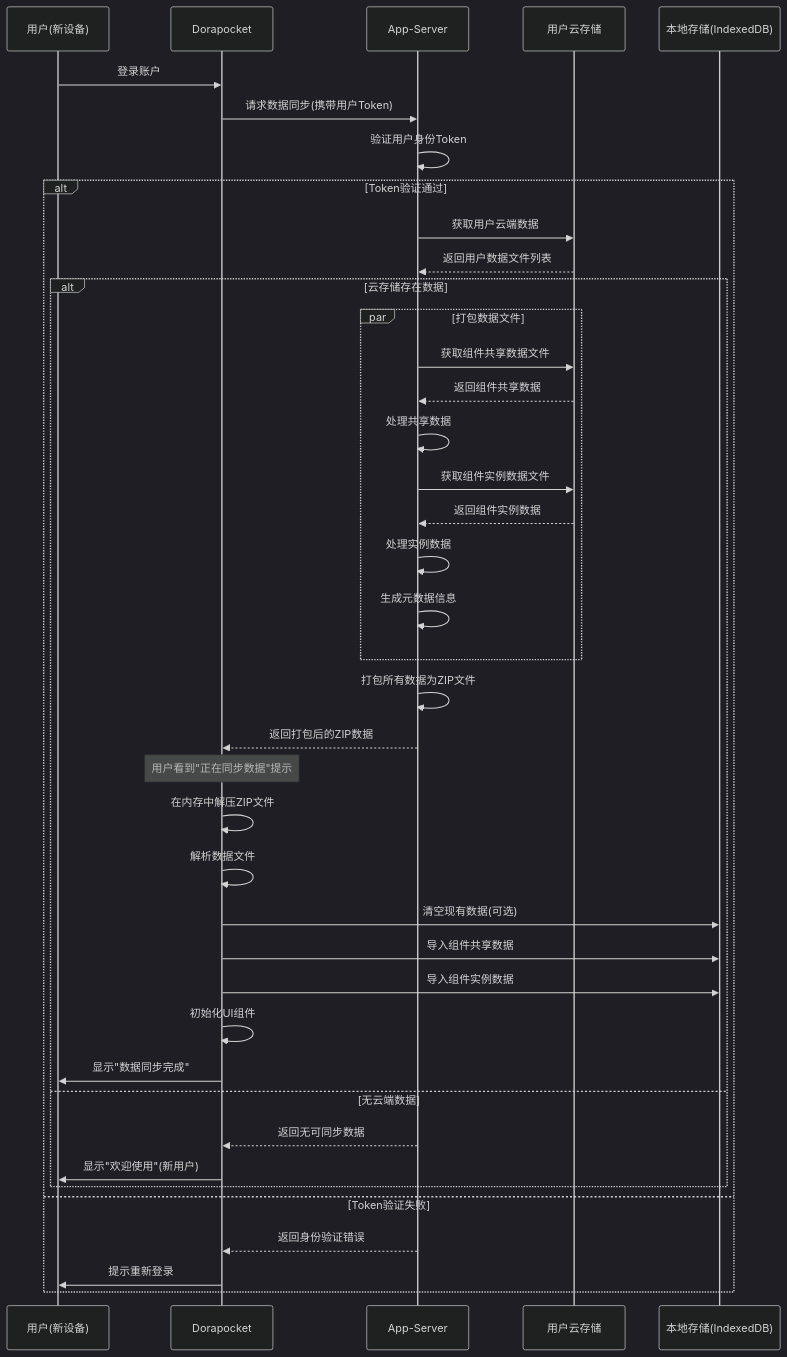
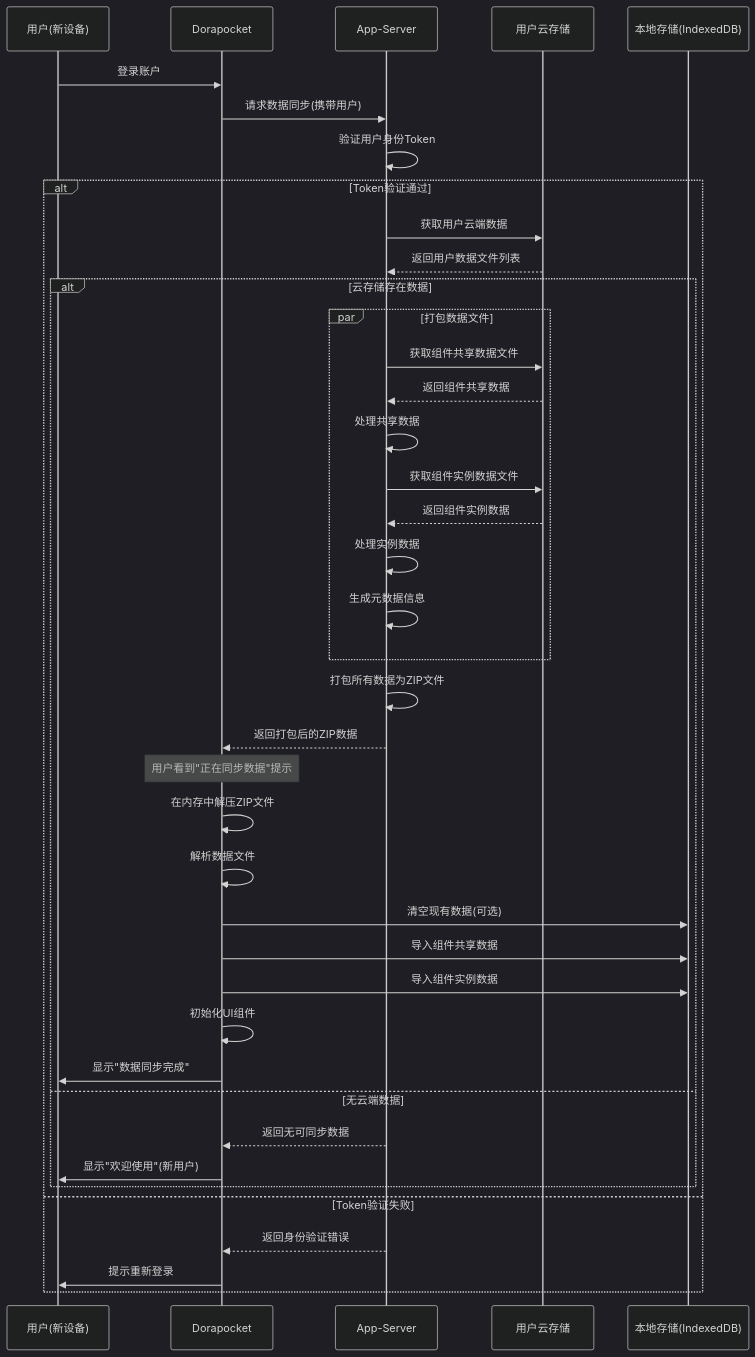
Before and after one commit to yingjianzh/iodraw-files: the diagram in all/未命名-38.md, drawn with Mermaid (dark theme).

Commit message:
2025-04-21 13:53:45 update

````diff
--- a/all/未命名-38.md
+++ b/all/未命名-38.md
@@ -1,53 +1,53 @@
 ```mermaid
 sequenceDiagram
     participant User as 用户(新设备)
     participant App as Dorapocket
     participant AppServer as App-Server
     participant UserCloud as 用户云存储
     participant LocalDB as 本地存储(IndexedDB)
     
     User->>App: 登录账户
     
-    App->>AppServer: 请求数据同步(携带用户Token)
+    App->>AppServer: 请求数据同步(携带用户)
     AppServer->>AppServer: 验证用户身份Token
     
     alt Token验证通过
         AppServer->>UserCloud: 获取用户云端数据
         UserCloud-->>AppServer: 返回用户数据文件列表
         
         alt 云存储存在数据
             par 打包数据文件
                 AppServer->>UserCloud: 获取组件共享数据文件
                 UserCloud-->>AppServer: 返回组件共享数据
                 AppServer->>AppServer: 处理共享数据
                 
                 AppServer->>UserCloud: 获取组件实例数据文件
                 UserCloud-->>AppServer: 返回组件实例数据
                 AppServer->>AppServer: 处理实例数据
                 
                 AppServer->>AppServer: 生成元数据信息
             end
             
             AppServer->>AppServer: 打包所有数据为ZIP文件
             AppServer-->>App: 返回打包后的ZIP数据
             
             Note over App: 用户看到"正在同步数据"提示
             
             App->>App: 在内存中解压ZIP文件
             App->>App: 解析数据文件
             
             App->>LocalDB: 清空现有数据(可选)
             App->>LocalDB: 导入组件共享数据
             App->>LocalDB: 导入组件实例数据
             
             App->>App: 初始化UI组件
             App->>User: 显示"数据同步完成"
         else 无云端数据
             AppServer-->>App: 返回无可同步数据
             App->>User: 显示"欢迎使用"(新用户)
         end
     else Token验证失败
         AppServer-->>App: 返回身份验证错误
         App->>User: 提示重新登录
     end
 ```
````
